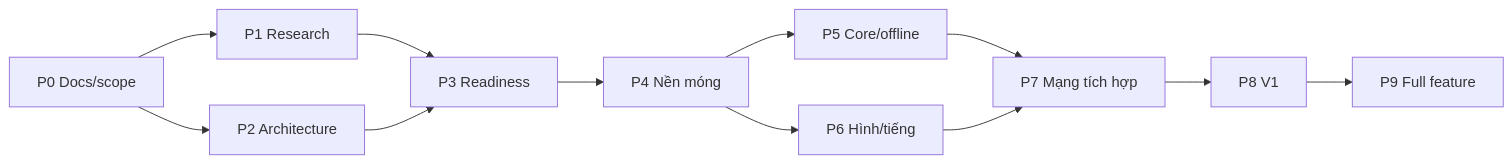
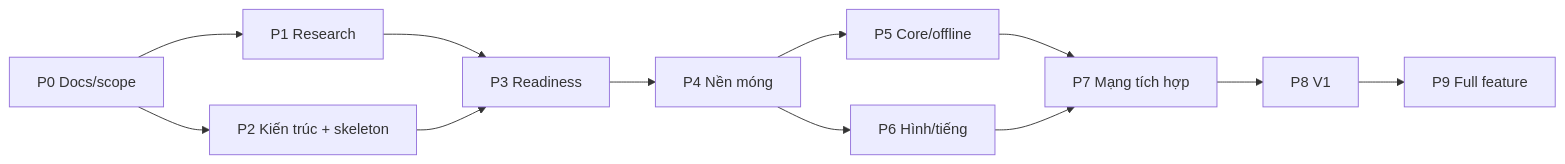
Before and after one commit to aquaplatinumberlitz/boom-rs: the diagram in docs/planning/REWRITE_PLAN.md, drawn with Mermaid. The commit also changed other lines of this file and 32 other files, not shown here.

````diff
--- a/docs/planning/REWRITE_PLAN.md
+++ b/docs/planning/REWRITE_PLAN.md
@@ -61,13 +73,13 @@
 ```mermaid
 flowchart LR
   P0["P0 Docs/scope"] --> P1["P1 Research"]
-  P0 --> P2["P2 Architecture"]
+  P0 --> P2["P2 Kiến trúc + skeleton"]
   P1 --> P3["P3 Readiness"]
   P2 --> P3
   P3 --> P4["P4 Nền móng"]
   P4 --> P5["P5 Core/offline"]
   P4 --> P6["P6 Hình/tiếng"]
   P5 --> P7["P7 Mạng tích hợp"]
   P6 --> P7
   P7 --> P8["P8 V1"] --> P9["P9 Full feature"]
 ```
````
